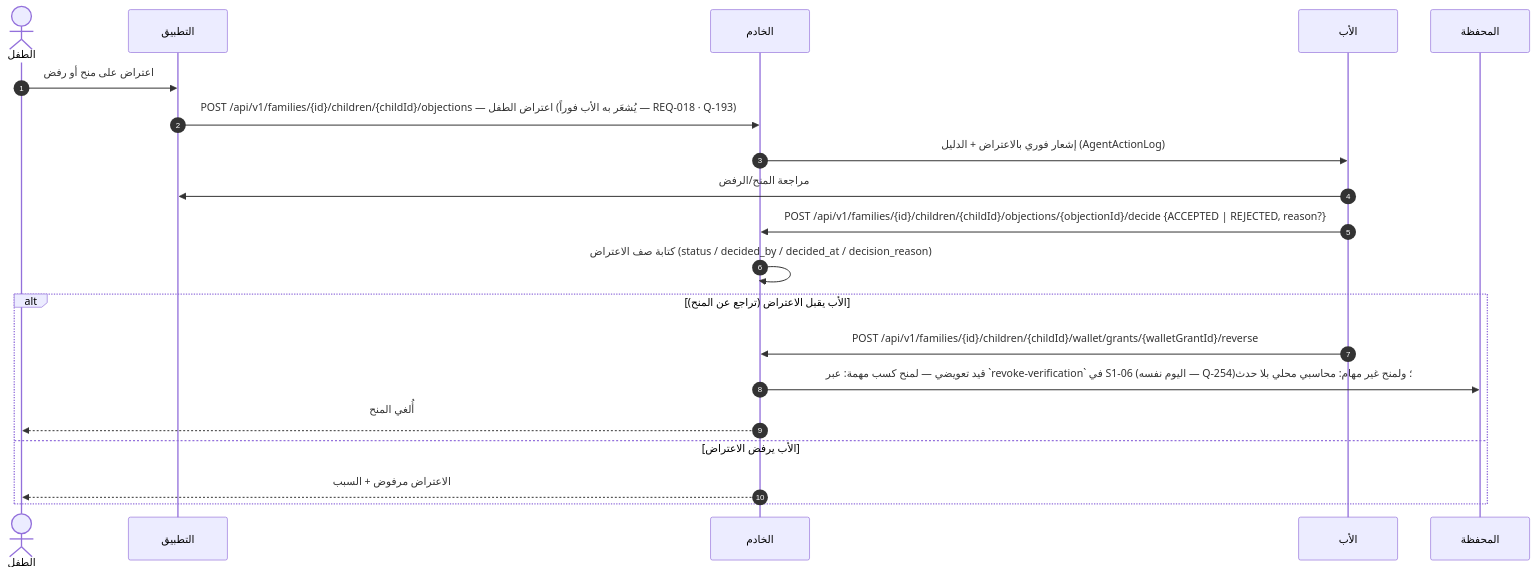
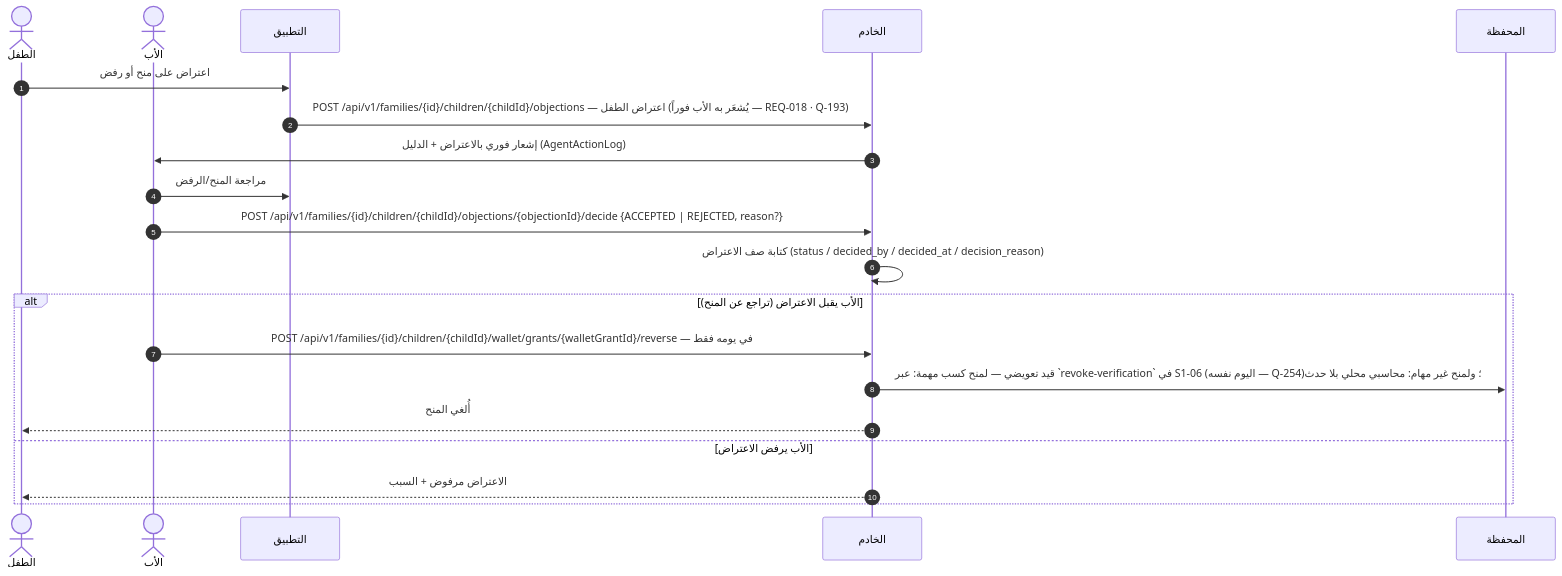
Diagram 11 of 19 in docs/family-os/governance/phases/phase-1/S1-05-rewards-children/DIAGRAMS.md (Bassam-mohammed-alqaeadi/family-os-v2), drawn with Mermaid before and after one commit. The commit also changed other lines of this file, not shown here.

````diff
--- a/docs/family-os/governance/phases/phase-1/S1-05-rewards-children/DIAGRAMS.md
+++ b/docs/family-os/governance/phases/phase-1/S1-05-rewards-children/DIAGRAMS.md
@@ -402,22 +467,22 @@
 ```mermaid
 sequenceDiagram
     autonumber
     actor Child as الطفل
+    actor Father as الأب
     participant App as التطبيق
     participant Ktor as الخادم
-    participant Father as الأب
     participant Wallet as المحفظة
     Child->>App: اعتراض على منح أو رفض
     App->>Ktor: POST /api/v1/families/{id}/children/{childId}/objections — اعتراض الطفل (يُشعَر به الأب فوراً — REQ-018 · Q-193)
     Ktor->>Father: إشعار فوري بالاعتراض + الدليل (AgentActionLog)
     Father->>App: مراجعة المنح/الرفض
     Father->>Ktor: POST /api/v1/families/{id}/children/{childId}/objections/{objectionId}/decide {ACCEPTED | REJECTED, reason?}
     Ktor->>Ktor: كتابة صف الاعتراض (status / decided_by / decided_at / decision_reason)
     alt الأب يقبل الاعتراض (تراجع عن المنح)
-        Father->>Ktor: POST /api/v1/families/{id}/children/{childId}/wallet/grants/{walletGrantId}/reverse
+        Father->>Ktor: POST /api/v1/families/{id}/children/{childId}/wallet/grants/{walletGrantId}/reverse — في يومه فقط
         Ktor->>Wallet: قيد تعويضي — لمنح كسب مهمة: عبر `revoke-verification` في S1-06 (اليوم نفسه — Q-254)؛ ولمنح غير مهام: محاسبي محلي بلا حدث
         Ktor-->>Child: أُلغي المنح
     else الأب يرفض الاعتراض
         Ktor-->>Child: الاعتراض مرفوض + السبب
     end
 ```
````
